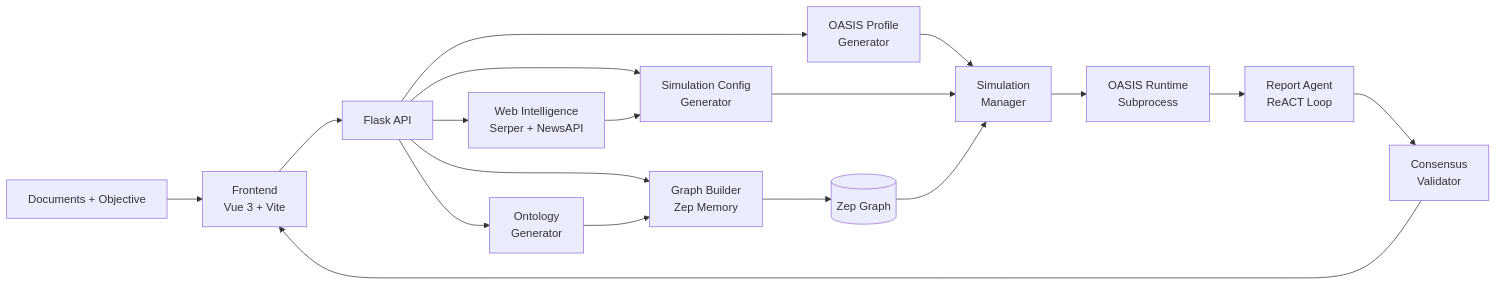
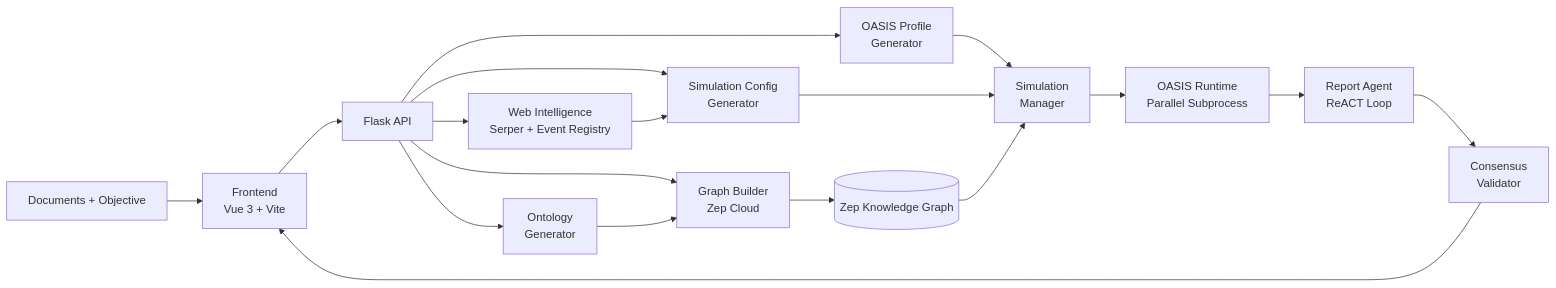
Before and after one commit to inbharatai/phoring: the first of 2 diagrams in README.md, drawn with Mermaid. The commit also changed other lines of this file, not shown here.

````diff
--- a/README.md
+++ b/README.md
@@ -77,23 +83,23 @@
 ```mermaid
 flowchart LR
     U[Documents + Objective] --> FE[Frontend\nVue 3 + Vite]
     FE --> API[Flask API]
 
     API --> OG[Ontology\nGenerator]
-    API --> GB[Graph Builder\nZep Memory]
-    API --> WI[Web Intelligence\nSerper + NewsAPI]
+    API --> GB[Graph Builder\nZep Cloud]
+    API --> WI[Web Intelligence\nSerper + Event Registry]
     API --> PG[OASIS Profile\nGenerator]
     API --> SC[Simulation Config\nGenerator]
 
     OG --> GB
-    GB --> Z[(Zep Graph)]
+    GB --> Z[(Zep Knowledge Graph)]
     WI --> SC
     PG --> SM[Simulation\nManager]
     SC --> SM
     Z --> SM
 
-    SM --> OR[OASIS Runtime\nSubprocess]
+    SM --> OR[OASIS Runtime\nParallel Subprocess]
     OR --> RA[Report Agent\nReACT Loop]
     RA --> CV[Consensus\nValidator]
     CV --> FE
 ```
````
